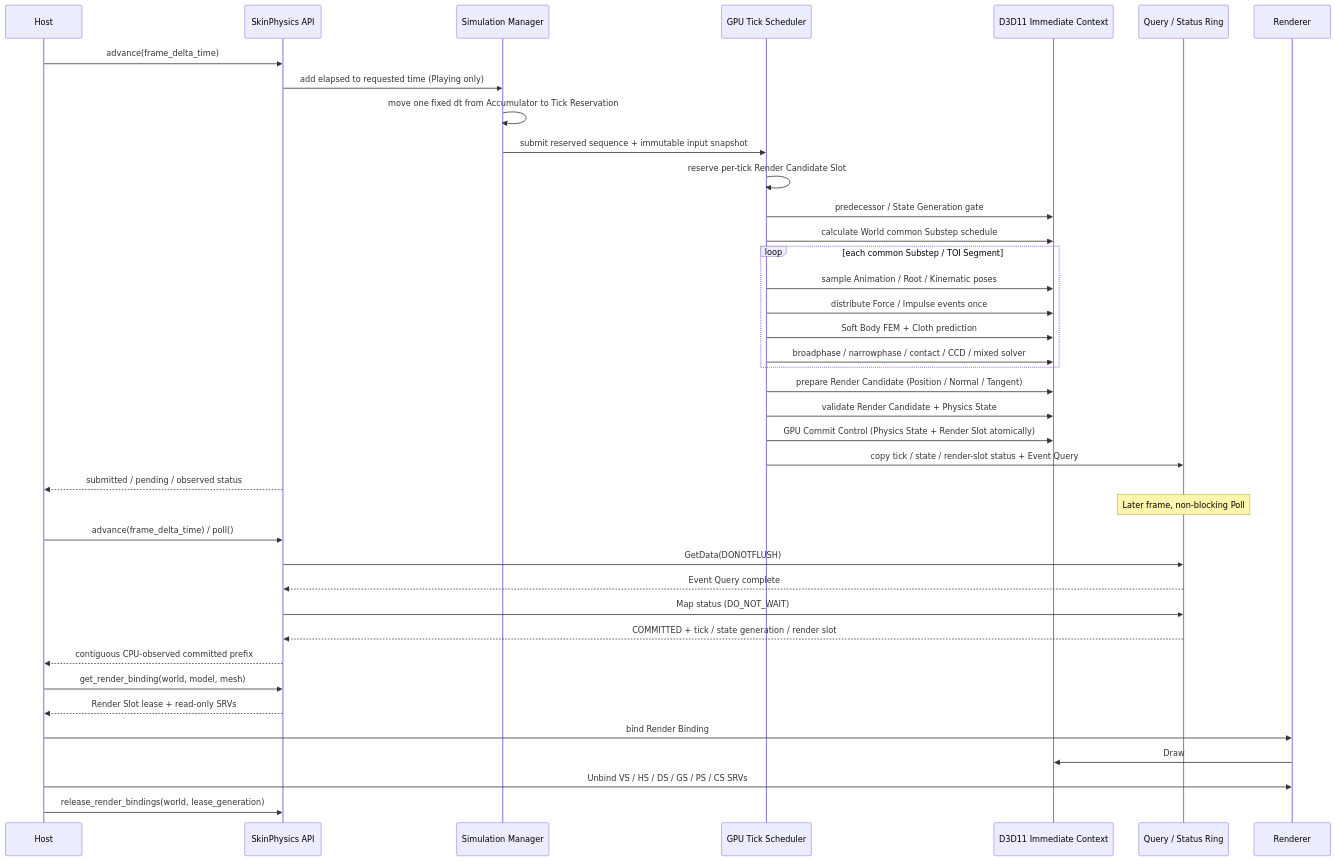
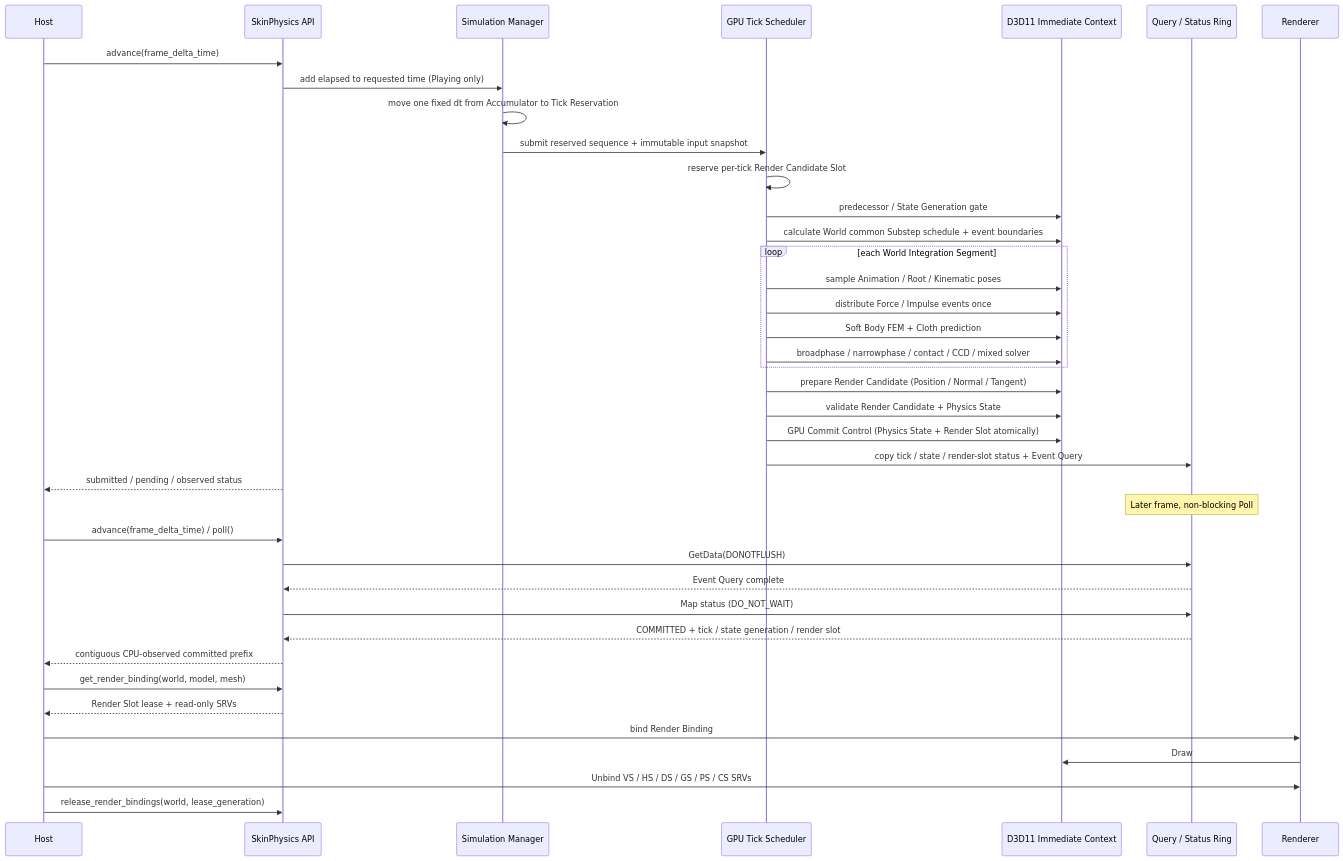
One commit to bigmoon77/Skin-physics- changed the second of 8 diagrams in docs/uml/phase12_gpu_runtime.md. Above: the diagram before and after it, drawn with Mermaid.

Commit message:
docs: align design versions and segment time contracts

````diff
--- a/docs/uml/phase12_gpu_runtime.md
+++ b/docs/uml/phase12_gpu_runtime.md
@@ -42,42 +42,42 @@
 ```mermaid
 sequenceDiagram
     participant H as Host
     participant API as SkinPhysics API
     participant S as Simulation Manager
     participant G as GPU Tick Scheduler
     participant D as D3D11 Immediate Context
     participant Q as Query / Status Ring
     participant R as Renderer
 
     H->>API: advance(frame_delta_time)
     API->>S: add elapsed to requested time (Playing only)
     S->>S: move one fixed dt from Accumulator to Tick Reservation
     S->>G: submit reserved sequence + immutable input snapshot
     G->>G: reserve per-tick Render Candidate Slot
     G->>D: predecessor / State Generation gate
-    G->>D: calculate World common Substep schedule
-    loop each common Substep / TOI Segment
+    G->>D: calculate World common Substep schedule + event boundaries
+    loop each World Integration Segment
         G->>D: sample Animation / Root / Kinematic poses
         G->>D: distribute Force / Impulse events once
         G->>D: Soft Body FEM + Cloth prediction
         G->>D: broadphase / narrowphase / contact / CCD / mixed solver
     end
     G->>D: prepare Render Candidate (Position / Normal / Tangent)
     G->>D: validate Render Candidate + Physics State
     G->>D: GPU Commit Control (Physics State + Render Slot atomically)
     G->>Q: copy tick / state / render-slot status + Event Query
     API-->>H: submitted / pending / observed status
     Note over Q: Later frame, non-blocking Poll
     H->>API: advance(frame_delta_time) / poll()
     API->>Q: GetData(DONOTFLUSH)
     Q-->>API: Event Query complete
     API->>Q: Map status (DO_NOT_WAIT)
     Q-->>API: COMMITTED + tick / state generation / render slot
     API-->>H: contiguous CPU-observed committed prefix
     H->>API: get_render_binding(world, model, mesh)
     API-->>H: Render Slot lease + read-only SRVs
     H->>R: bind Render Binding
     R->>D: Draw
     H->>R: Unbind VS / HS / DS / GS / PS / CS SRVs
     H->>API: release_render_bindings(world, lease_generation)
 ```
````
